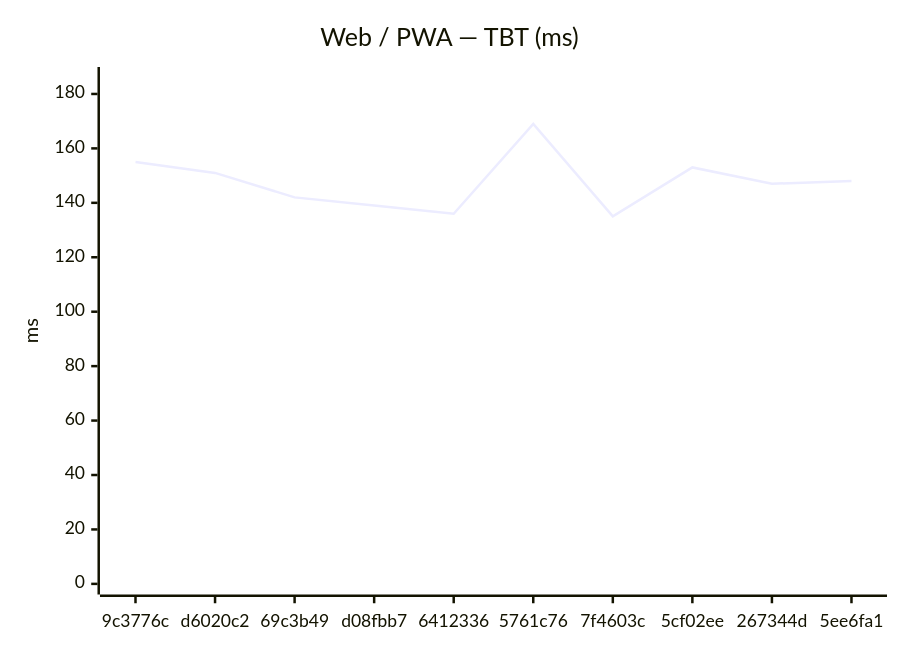
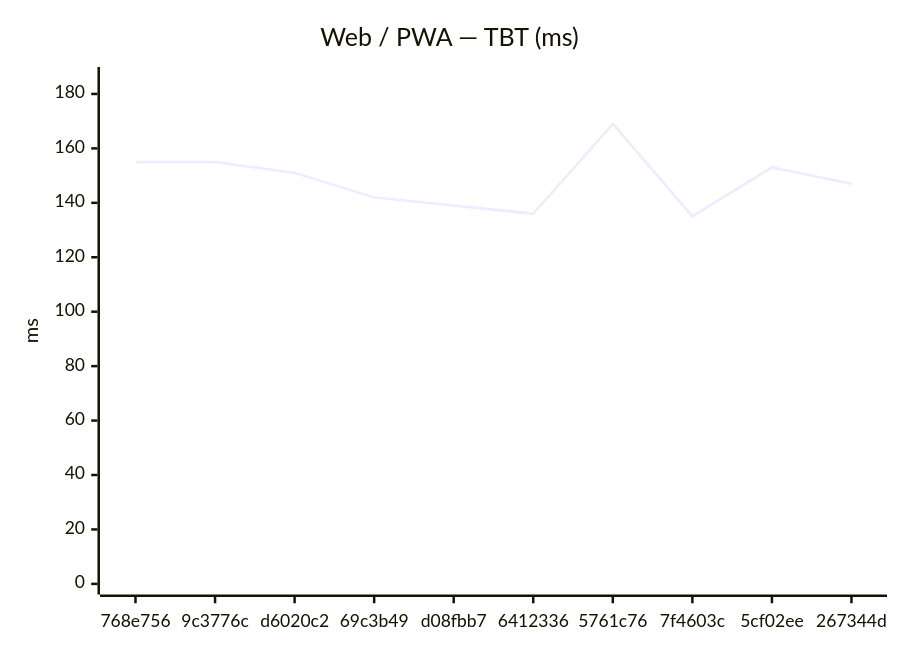
One commit to Metaheurist/Rianell changed the second of 18 diagrams in benchmarks/compare.md. Above: the diagram before and after it, drawn with Mermaid. The commit also changed other lines of this file and 11 other files, not shown here.

````diff
--- a/benchmarks/compare.md
+++ b/benchmarks/compare.md
@@ -31,7 +31,7 @@
 ```mermaid
 xychart-beta
     title "Web / PWA — TBT (ms)"
-    x-axis ["9c3776c", "d6020c2", "69c3b49", "d08fbb7", "6412336", "5761c76", "7f4603c", "5cf02ee", "267344d", "5ee6fa1"]
+    x-axis ["768e756", "9c3776c", "d6020c2", "69c3b49", "d08fbb7", "6412336", "5761c76", "7f4603c", "5cf02ee", "267344d"]
     y-axis "ms" 0 --> 186
-    line [155, 151, 142, 139, 136, 169, 135, 153, 147, 148]
+    line [155, 155, 151, 142, 139, 136, 169, 135, 153, 147]
 ```
````
